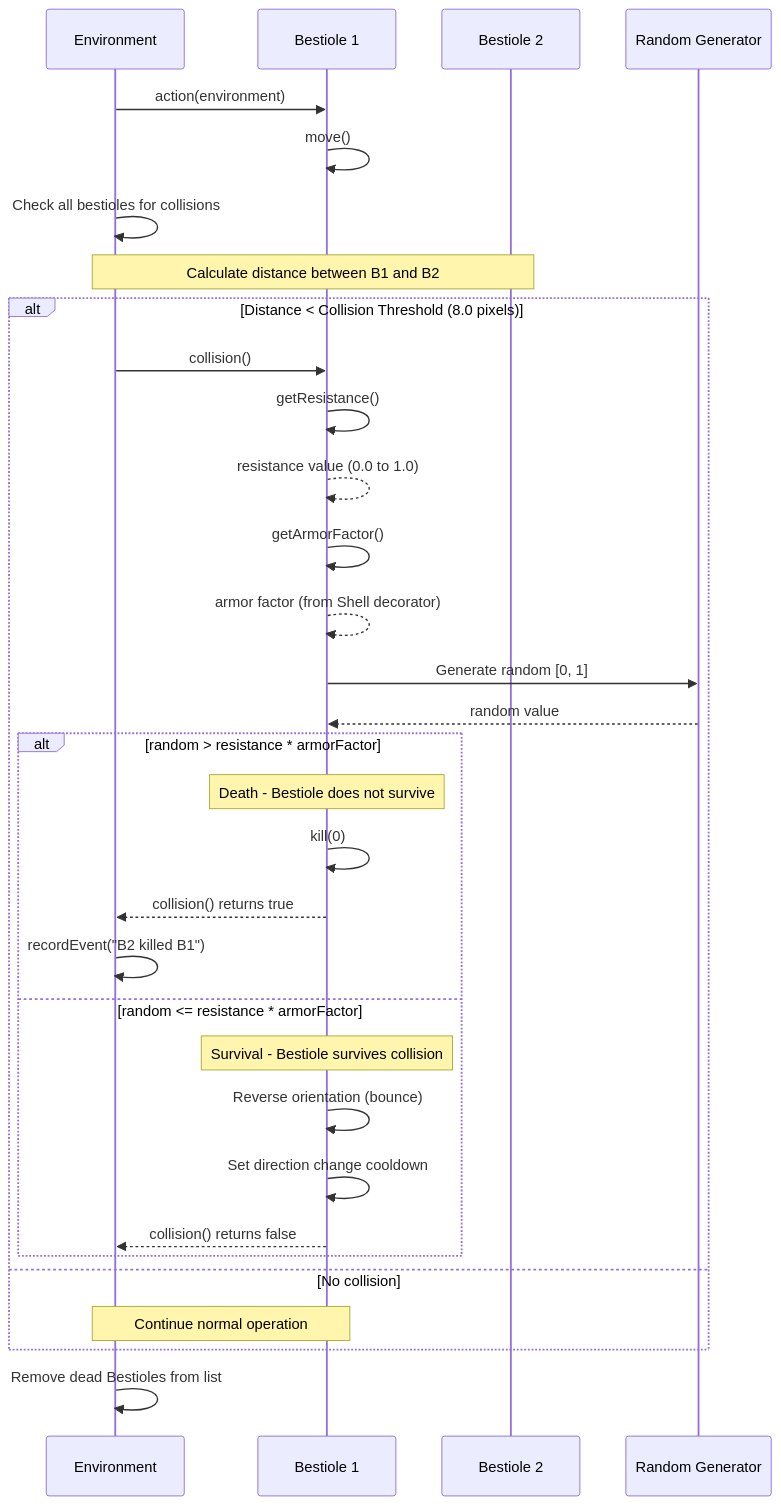
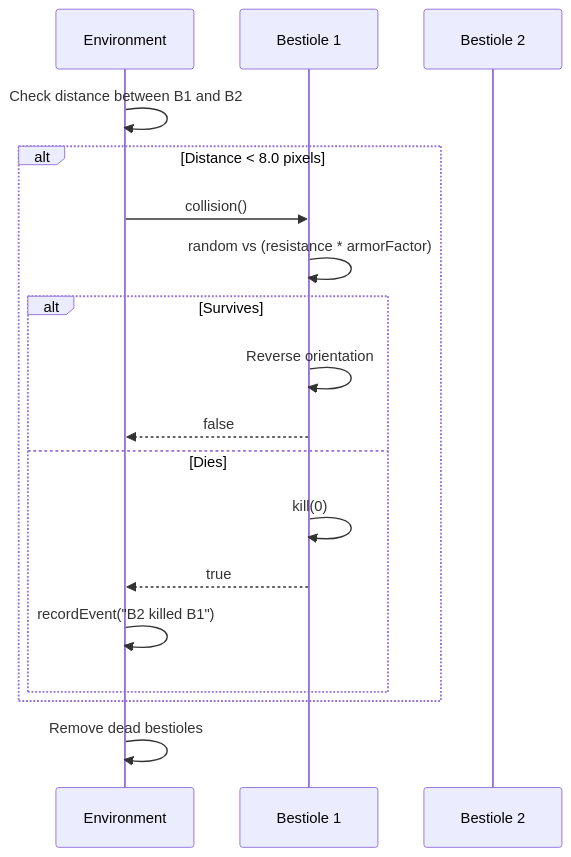
Before and after one commit to AloisHasNeurons/BestiolesEcosystem: the diagram in docs/uml/collision.md, drawn with Mermaid. The commit also changed other lines of this file and 4 other files, not shown here.

Commit message:
Simplify sequence diagrams to fit on one slide

````diff
--- a/docs/uml/collision.md
+++ b/docs/uml/collision.md
@@ -5,41 +5,24 @@
 ```mermaid
 sequenceDiagram
     participant E as Environment
     participant B1 as Bestiole 1
     participant B2 as Bestiole 2
-    participant RNG as Random Generator
 
-    E->>B1: action(environment)
-    B1->>B1: move()
+    E->>E: Check distance between B1 and B2
     
-    E->>E: Check all bestioles for collisions
-    
-    Note over E,B2: Calculate distance between B1 and B2
-    
-    alt Distance < Collision Threshold (8.0 pixels)
+    alt Distance < 8.0 pixels
         E->>B1: collision()
-        B1->>B1: getResistance()
-        B1-->>B1: resistance value (0.0 to 1.0)
-        B1->>B1: getArmorFactor()
-        B1-->>B1: armor factor (from Shell decorator)
+        B1->>B1: random vs (resistance * armorFactor)
         
-        B1->>RNG: Generate random [0, 1]
-        RNG-->>B1: random value
-        
-        alt random > resistance * armorFactor
-            Note over B1: Death - Bestiole does not survive
+        alt Survives
+            B1->>B1: Reverse orientation
+            B1-->>E: false
+        else Dies
             B1->>B1: kill(0)
-            B1-->>E: collision() returns true
+            B1-->>E: true
             E->>E: recordEvent("B2 killed B1")
-        else random <= resistance * armorFactor
-            Note over B1: Survival - Bestiole survives collision
-            B1->>B1: Reverse orientation (bounce)
-            B1->>B1: Set direction change cooldown
-            B1-->>E: collision() returns false
         end
-    else No collision
-        Note over E,B1: Continue normal operation
     end
     
-    E->>E: Remove dead Bestioles from list
+    E->>E: Remove dead bestioles
 ```
````
